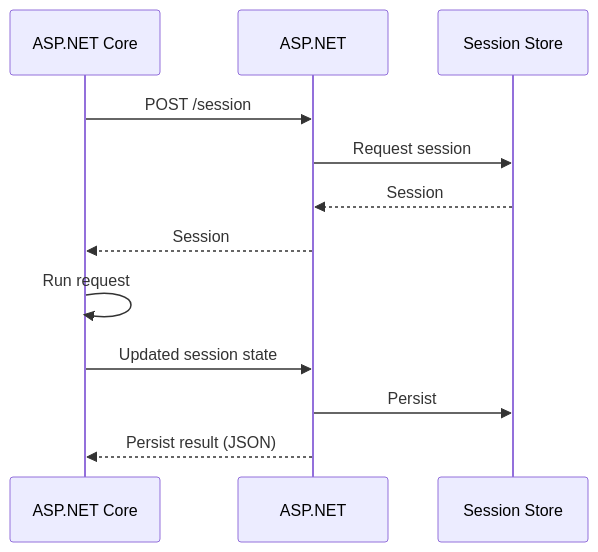
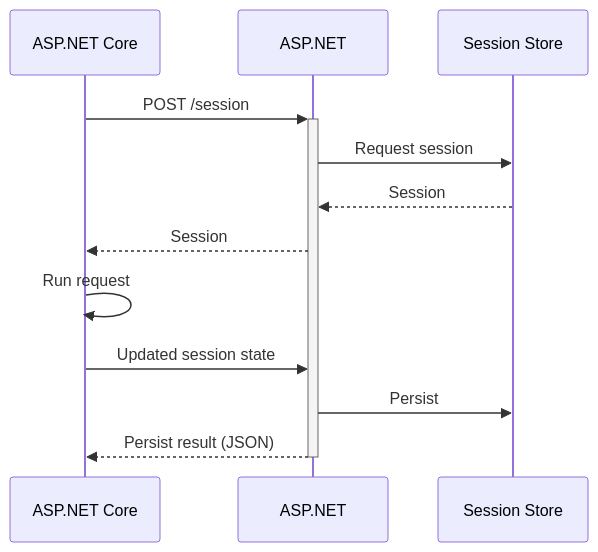
One commit to dotnet/systemweb-adapters changed the second of 3 diagrams in designs/remote-session.md. Above: the diagram before and after it, drawn with Mermaid. The commit also changed other lines of this file, not shown here.

````diff
--- a/designs/remote-session.md
+++ b/designs/remote-session.md
@@ -23,14 +23,14 @@
 ```mermaid
     sequenceDiagram
         participant core as ASP.NET Core
         participant framework as ASP.NET
         participant session as Session Store
-        core ->> framework: POST /session
+        core ->> +framework: POST /session 
         framework ->> session: Request session
         session -->> framework: Session
         framework -->> core: Session
         core ->> core: Run request
         core ->> framework: Updated session state
         framework ->> session: Persist
-        framework -->> core: Persist result (JSON)
+        framework -->> -core: Persist result (JSON)
 ```
````
